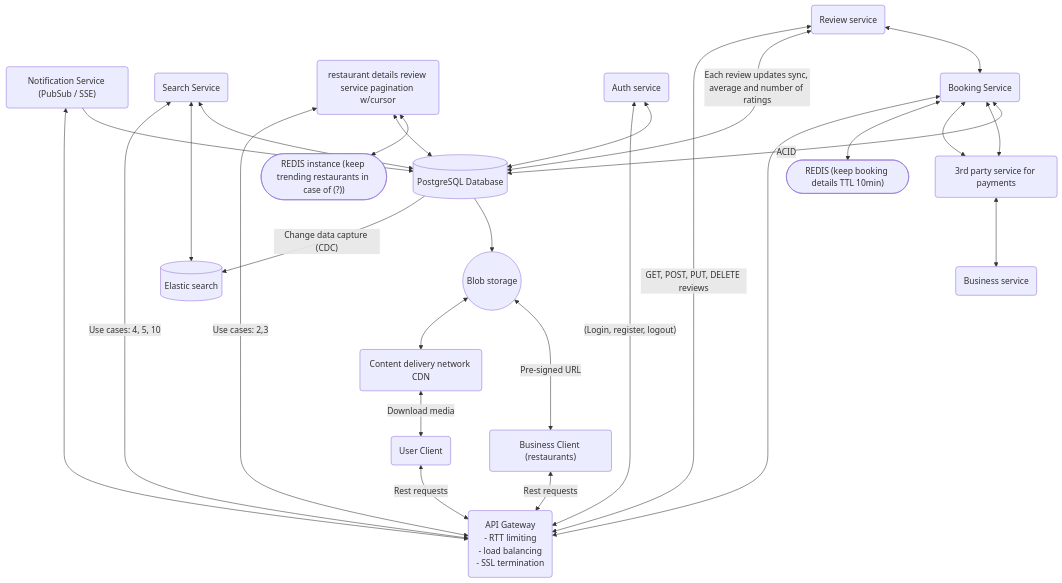
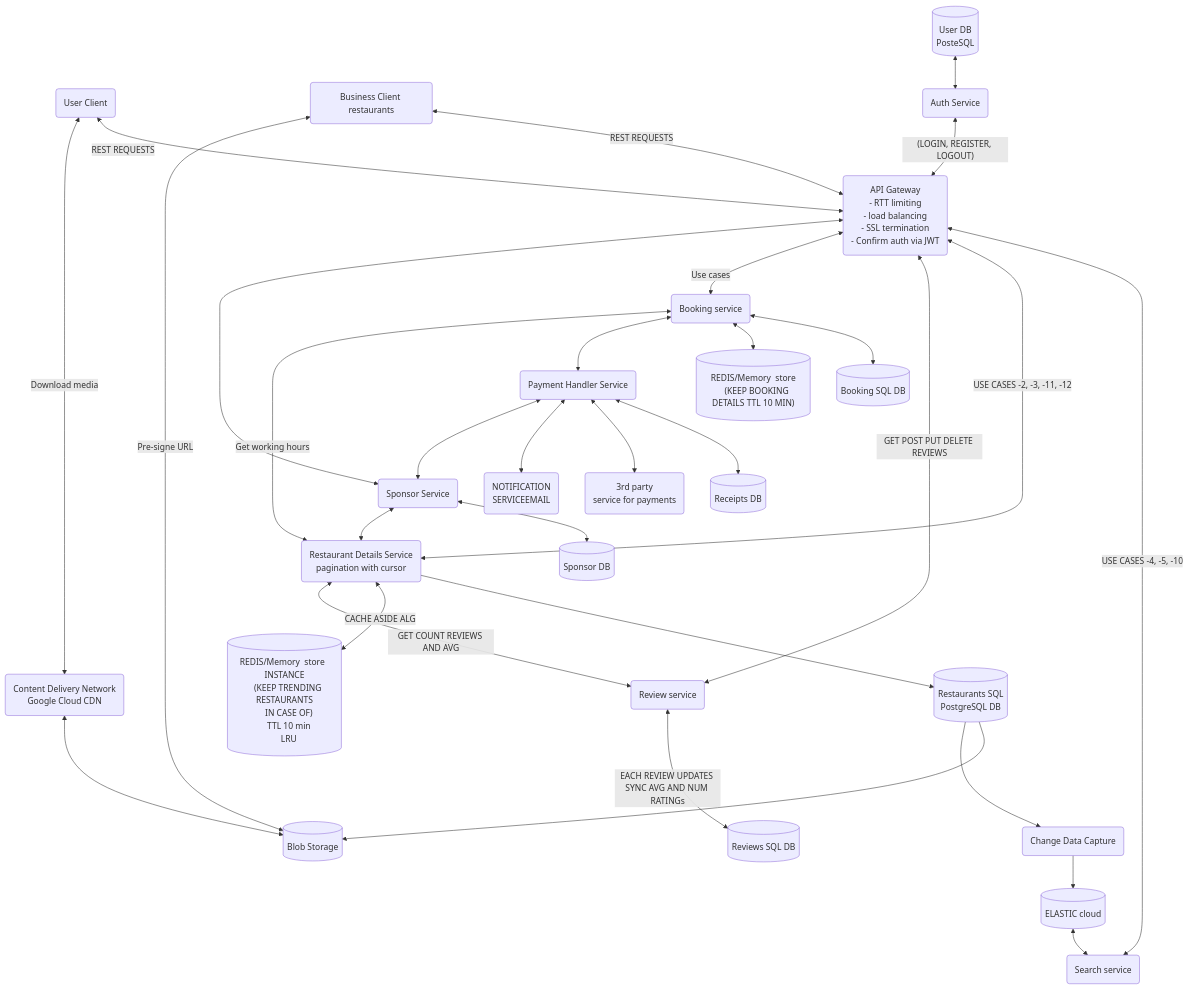
Before and after one commit to JoaoReis153/MrFood: the diagram in functional_requirements.md, drawn with Mermaid. The commit also changed 1 other file, not shown here.

Commit message:
Mermaid architecture diagram added

````diff
--- a/functional_requirements.md
+++ b/functional_requirements.md
@@ -1,27 +1,77 @@
-``` mermaid
-flowchart TB
-    A("User Client") <-- Rest requests --> B("API Gateway
-    - RTT limiting
-    - load balancing
-    - SSL termination")
-    C("Business Client (restaurants)") <-- Rest requests --> B
-    D("Notification Service (PubSub / SSE)") <--> B
-    D --> O[("PostgreSQL Database")]
-    E("Search Service") <-- Use cases: 4, 5, 10 --> B
-    E <--> N[("Elastic search")] & O
-    F("restaurant details review service pagination w/cursor") <-- Use cases: 2,3 --> B
-    F <--> O & G(["REDIS instance (keep trending restaurants in case of (?))"])
-    H("Auth service") <-- (Login, register, logout) --> B
-    H <--> O
-    I("Review service") <-- GET, POST, PUT, DELETE reviews --> B
-    I <-- Each review updates sync, average and number of ratings --> O
-    J("Booking Service") <--> B & M(["REDIS (keep booking details TTL 10min)"]) & K("3rd party service for payments") & K
-    J <-- ACID --> O
-    K <--> L("Business service")
-    O -- Change data capture (CDC) --> N
-    O --> P(("Blob storage"))
-    P <--> Q("Content delivery network CDN")
-    P <-- "Pre-signed URL" --> C
-    Q <-- Download media --> A
-    I <--> J
+```mermaid
+flowchart TD
+    UserClient("User Client")
+    BusinessClient("Business Client restaurants")
+    ApiGateway("API Gateway<br/>- RTT limiting<br/>- load balancing<br/>- SSL termination<br/>- Confirm auth via JWT")
+    AuthService("Auth Service")
+    UserDB[("User DB
+    PosteSQL")]
+    CDN("Content Delivery Network<br/>Google Cloud CDN")
+    BlobStorage[("Blob Storage")]
+    RestaurantsDB[("Restaurants SQL
+    PostgreSQL DB")]
+    ChangeDataCapture("Change Data Capture")
+    ElasticCloud[("ELASTIC cloud")]
+    SearchService("Search service")
+    ReastaurantDetailsService("Restaurant Details Service<br/>pagination with cursor")
+    RedisInstanceTrendingRestaurants[("REDIS/Memory  store  INSTANCE
+    (KEEP TRENDING RESTAURANTS
+    IN CASE OF)
+    TTL 10 min
+    LRU")]
+    ReviewService("Review service")
+    ReviewsDB[("Reviews SQL DB")]
+    BookingService("Booking service")
+    BookingDB[("Booking SQL DB")]
+    RedisInstanceBooking[("REDIS/Memory  store
+    (KEEP BOOKING DETAILS TTL 10 MIN)")]
+    PaymentService("Payment Handler Service")
+    3rdPartyService("3rd party<br/>service for payments")
+    Notifications("NOTIFICATION<br/>SERVICEEMAIL")
+    ReceiptsDB[("Receipts DB")]
+    SponsorService("Sponsor Service")
+    SponsorDB[("Sponsor DB")]
+
+    UserDB <--> AuthService
+    AuthService <-- (LOGIN, REGISTER, LOGOUT) --> ApiGateway
+
+    UserClient <-- "REST REQUESTS" --> ApiGateway
+    UserClient <-- "Download media" --> CDN
+
+    CDN <--> BlobStorage
+    BusinessClient <-- "REST REQUESTS" --> ApiGateway
+    BusinessClient <-- "Pre-signe URL" --> BlobStorage
+
+    ApiGateway <-- "USE CASES -4, -5, -10" --> SearchService
+    ApiGateway <-- "USE CASES -2, -3, -11, -12" --> ReastaurantDetailsService
+    ApiGateway <-- "GET POST PUT DELETE REVIEWS" --> ReviewService
+    ApiGateway <-- "Use cases" --> BookingService
+    ApiGateway <--> SponsorService
+  
+
+    RestaurantsDB --> BlobStorage
+
+    RestaurantsDB --> ChangeDataCapture
+    ChangeDataCapture --> ElasticCloud
+
+    ReastaurantDetailsService --> RestaurantsDB
+    ReastaurantDetailsService <-- "CACHE ASIDE ALG" --> RedisInstanceTrendingRestaurants
+    ReastaurantDetailsService <-- "GET COUNT REVIEWS AND AVG" --> ReviewService
+
+    ElasticCloud <--> SearchService
+
+    ReviewService <-- "EACH REVIEW UPDATES SYNC AVG AND NUM RATINGs" -->  ReviewsDB
+
+    BookingService <--> BookingDB
+    BookingService <--> RedisInstanceBooking
+    BookingService <--> PaymentService
+    BookingService <-- "Get working hours" --> ReastaurantDetailsService
+
+    PaymentService <--> ReceiptsDB
+    PaymentService <--> 3rdPartyService
+    PaymentService <--> Notifications
+    PaymentService <--> SponsorService
+
+    SponsorService <--> SponsorDB
+    SponsorService <--> ReastaurantDetailsService
 ```
````
